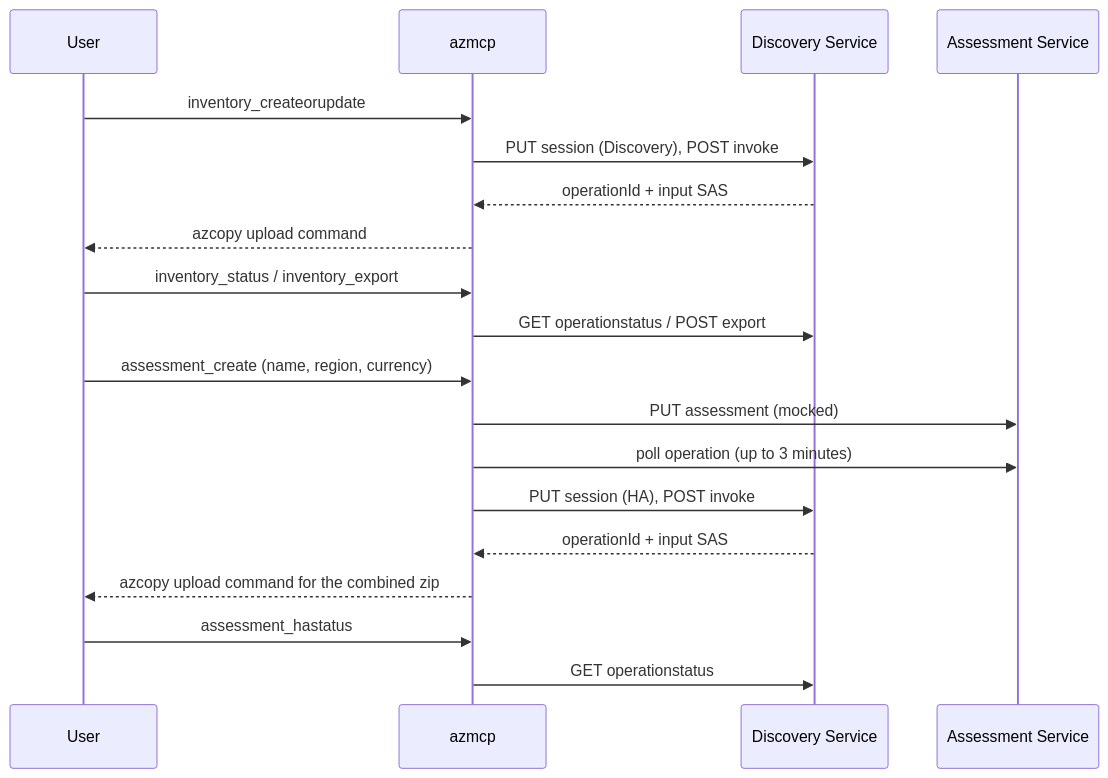
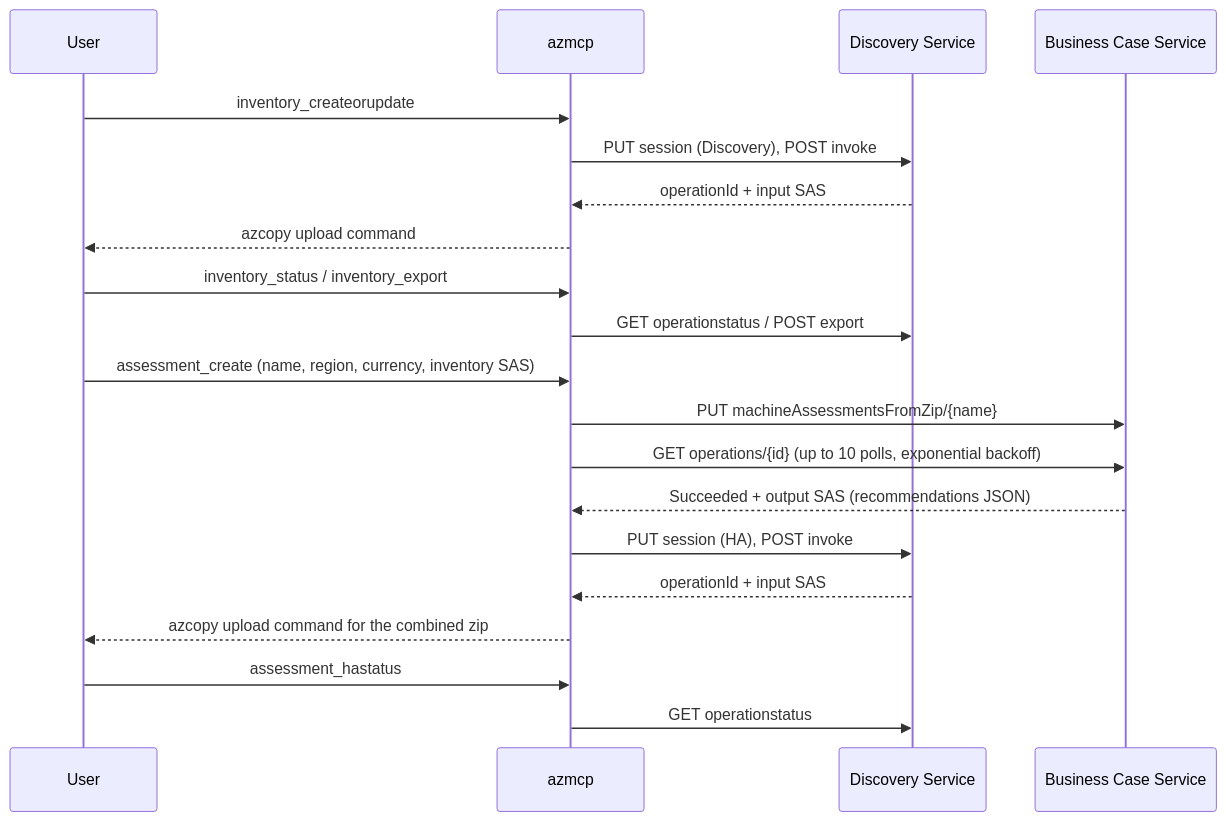
Before and after one commit to microsoft/mcp: the diagram in tools/Azure.Mcp.Tools.AzureMigrate/docs/inventory-assessment-ha-plan.md, drawn with Mermaid. The commit also changed other lines of this file and 10 other files, not shown here.

First line of the commit message:
AzureMigrate: wire assessment tools to Business Case machineAssessmentsFromZip contract

````diff
--- a/tools/Azure.Mcp.Tools.AzureMigrate/docs/inventory-assessment-ha-plan.md
+++ b/tools/Azure.Mcp.Tools.AzureMigrate/docs/inventory-assessment-ha-plan.md
@@ -32,21 +32,22 @@
 ```mermaid
 sequenceDiagram
     participant U as User
     participant M as azmcp
     participant DS as Discovery Service
-    participant AS as Assessment Service
+    participant AS as Business Case Service
     U->>M: inventory_createorupdate
     M->>DS: PUT session (Discovery), POST invoke
     DS-->>M: operationId + input SAS
     M-->>U: azcopy upload command
     U->>M: inventory_status / inventory_export
     M->>DS: GET operationstatus / POST export
-    U->>M: assessment_create (name, region, currency)
-    M->>AS: PUT assessment (mocked)
-    M->>AS: poll operation (up to 3 minutes)
+    U->>M: assessment_create (name, region, currency, inventory SAS)
+    M->>AS: PUT machineAssessmentsFromZip/{name}
+    M->>AS: GET operations/{id} (up to 10 polls, exponential backoff)
+    AS-->>M: Succeeded + output SAS (recommendations JSON)
     M->>DS: PUT session (HA), POST invoke
     DS-->>M: operationId + input SAS
     M-->>U: azcopy upload command for the combined zip
     U->>M: assessment_hastatus
     M->>DS: GET operationstatus
 ```
````
